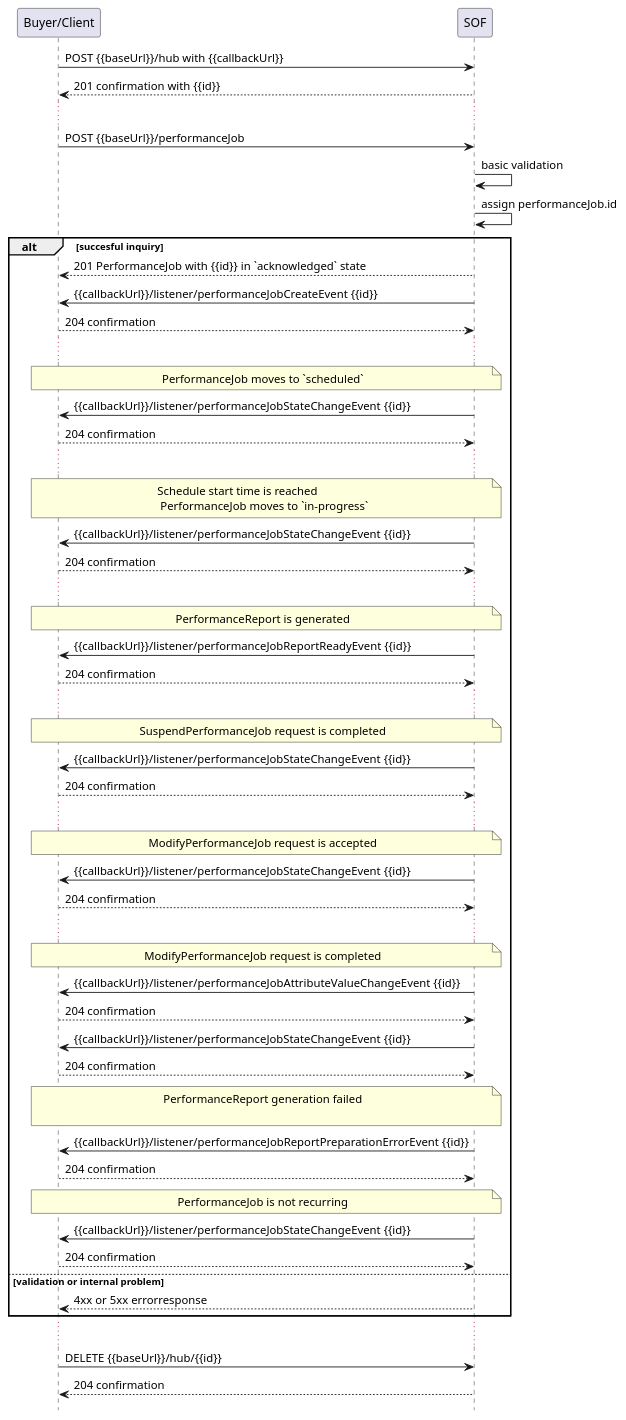
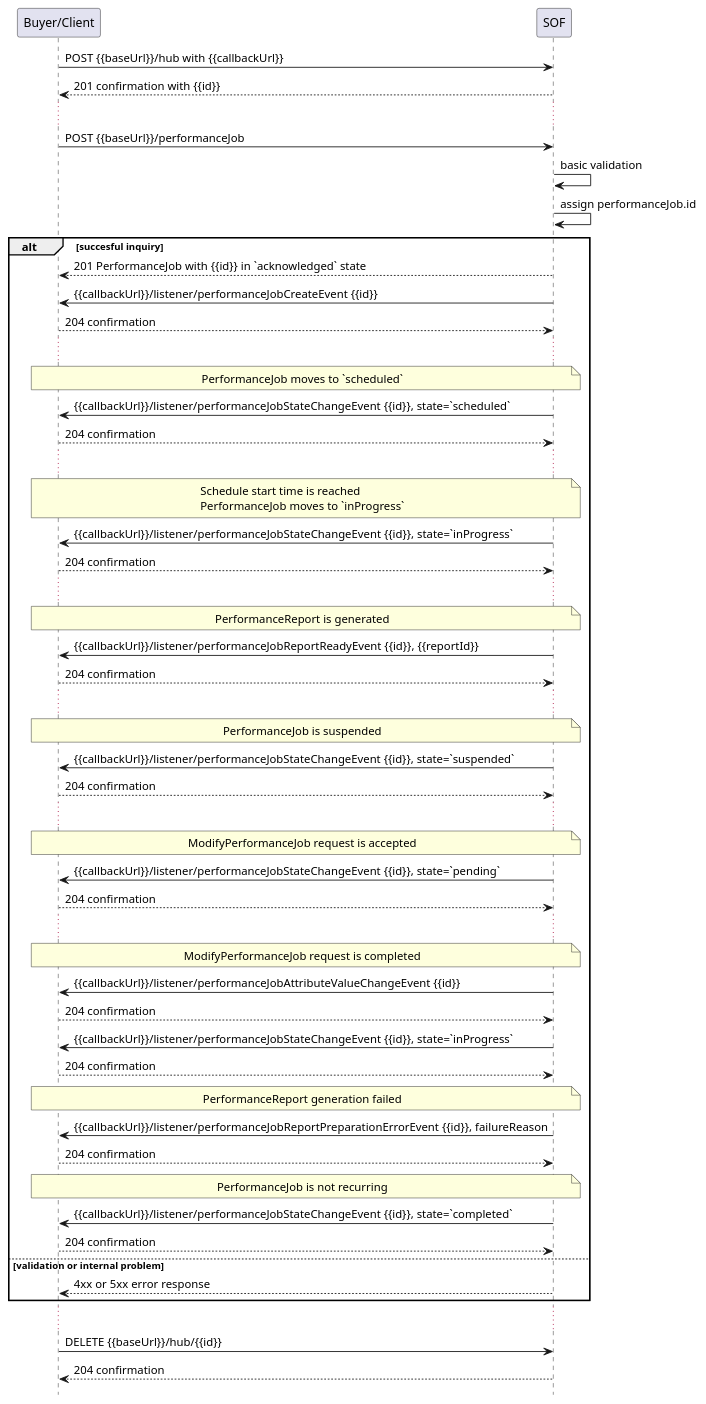
One commit to MEF-GIT/MEF-LSO-Interlude-SDK changed the diagram in documentation/serviceApi/pm/performance/media/src/notificationsForPerformanceJob.puml. Above: the diagram before and after it, drawn with PlantUML. The commit also changed 122 other files, not shown here.

```diff
--- a/documentation/serviceApi/pm/performance/media/src/notificationsForPerformanceJob.puml
+++ b/documentation/serviceApi/pm/performance/media/src/notificationsForPerformanceJob.puml
@@ -1,71 +1,71 @@
 @startuml notificationsForPerformanceJob
 
 hide footbox
 
 participant "Buyer/Client" as B
 participant SOF
 
 B -> SOF : POST {{baseUrl}}/hub with {{callbackUrl}} 
 SOF --> B: 201 confirmation with {{id}}
 ...
 B -> SOF : POST {{baseUrl}}/performanceJob
 SOF -> SOF : basic validation
 SOF -> SOF : assign performanceJob.id
 
 alt succesful inquiry
   SOF --> B : 201 PerformanceJob with {{id}} in `acknowledged` state
   SOF -> B: {{callbackUrl}}/listener/performanceJobCreateEvent {{id}}
   B --> SOF : 204 confirmation  
   ...
 
   note over B, SOF : PerformanceJob moves to `scheduled`
-  SOF -> B: {{callbackUrl}}/listener/performanceJobStateChangeEvent {{id}}
-      B --> SOF : 204 confirmation
+  SOF -> B: {{callbackUrl}}/listener/performanceJobStateChangeEvent {{id}}, state=`scheduled`
+  B --> SOF : 204 confirmation
   ...
 
-  note over B, SOF : Schedule start time is reached\n PerformanceJob moves to `in-progress`
-  SOF -> B: {{callbackUrl}}/listener/performanceJobStateChangeEvent {{id}}
+  note over B, SOF : Schedule start time is reached\nPerformanceJob moves to `inProgress`
+  SOF -> B: {{callbackUrl}}/listener/performanceJobStateChangeEvent {{id}}, state=`inProgress`
   B --> SOF : 204 confirmation
   ...
   
   note over B, SOF : PerformanceReport is generated
-  SOF -> B: {{callbackUrl}}/listener/performanceJobReportReadyEvent {{id}}
+  SOF -> B: {{callbackUrl}}/listener/performanceJobReportReadyEvent {{id}}, {{reportId}}
   B --> SOF : 204 confirmation
   ...
 
-  note over B, SOF : SuspendPerformanceJob request is completed
-  SOF -> B: {{callbackUrl}}/listener/performanceJobStateChangeEvent {{id}}
+  note over B, SOF : PerformanceJob is suspended
+  SOF -> B: {{callbackUrl}}/listener/performanceJobStateChangeEvent {{id}}, state=`suspended`
   B --> SOF : 204 confirmation
   ...
 
   note over B, SOF : ModifyPerformanceJob request is accepted
-  SOF -> B: {{callbackUrl}}/listener/performanceJobStateChangeEvent {{id}}
+  SOF -> B: {{callbackUrl}}/listener/performanceJobStateChangeEvent {{id}}, state=`pending`
   B --> SOF : 204 confirmation
   ...
 
   note over B, SOF : ModifyPerformanceJob request is completed
   SOF -> B: {{callbackUrl}}/listener/performanceJobAttributeValueChangeEvent {{id}}
   B --> SOF : 204 confirmation
 
-  SOF -> B: {{callbackUrl}}/listener/performanceJobStateChangeEvent {{id}}
+  SOF -> B: {{callbackUrl}}/listener/performanceJobStateChangeEvent {{id}}, state=`inProgress`
   B --> SOF : 204 confirmation
 
-  note over B, SOF : PerformanceReport generation failed\n
-  SOF -> B: {{callbackUrl}}/listener/performanceJobReportPreparationErrorEvent {{id}}
+  note over B, SOF : PerformanceReport generation failed
+  SOF -> B: {{callbackUrl}}/listener/performanceJobReportPreparationErrorEvent {{id}}, failureReason
   B --> SOF : 204 confirmation
 
   note over B, SOF : PerformanceJob is not recurring
-  SOF -> B: {{callbackUrl}}/listener/performanceJobStateChangeEvent {{id}}
+  SOF -> B: {{callbackUrl}}/listener/performanceJobStateChangeEvent {{id}}, state=`completed`
   B --> SOF : 204 confirmation
 
 
 else validation or internal problem
-  SOF --> B : 4xx or 5xx errorresponse
+  SOF --> B : 4xx or 5xx error response
 end 
 
 ...
 
 B -> SOF : DELETE {{baseUrl}}/hub/{{id}} 
 SOF -->  B : 204 confirmation
 
 @enduml
```
